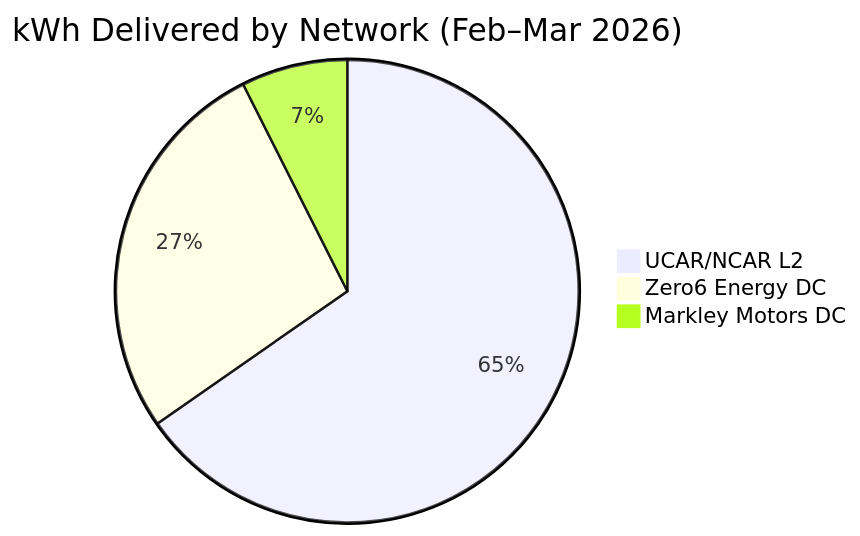
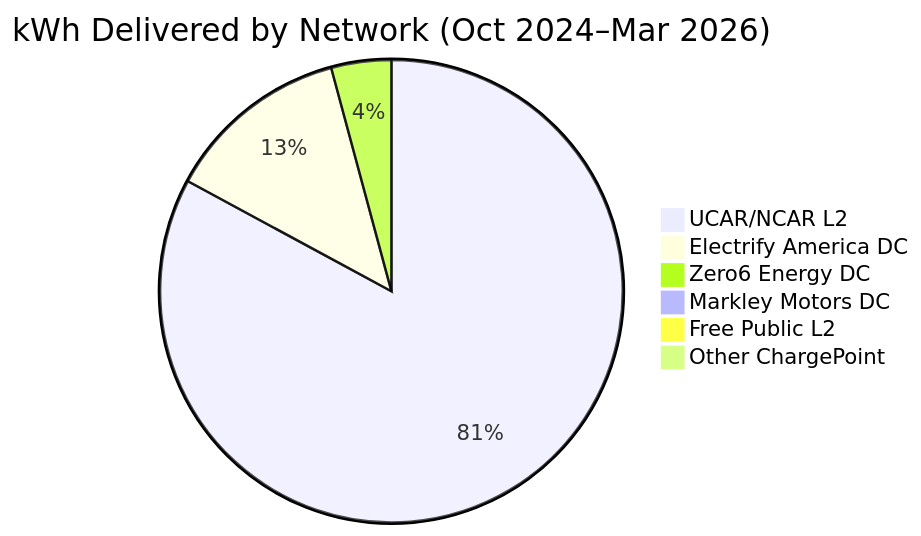
One commit to zavalalabs/zavalalabs.github.io changed the second of 4 diagrams in _posts/2026-04-01-EV-Charging-Optimization-in-Colorado.md. Above: the diagram before and after it, drawn with Mermaid. The commit also changed other lines of this file and 1 other file, not shown here.

````diff
--- a/_posts/2026-04-01-EV-Charging-Optimization-in-Colorado.md
+++ b/_posts/2026-04-01-EV-Charging-Optimization-in-Colorado.md
@@ -45,6 +52,9 @@
 ```mermaid
-pie title kWh Delivered by Network (Feb–Mar 2026)
-    "UCAR/NCAR L2" : 337.10
-    "Zero6 Energy DC" : 140.69
+pie title kWh Delivered by Network (Oct 2024–Mar 2026)
+    "UCAR/NCAR L2" : 3150.59
+    "Electrify America DC" : 490.95
+    "Zero6 Energy DC" : 159.32
     "Markley Motors DC" : 38.30
+    "Free Public L2" : 22.17
+    "Other ChargePoint" : 12.34
 ```
````
